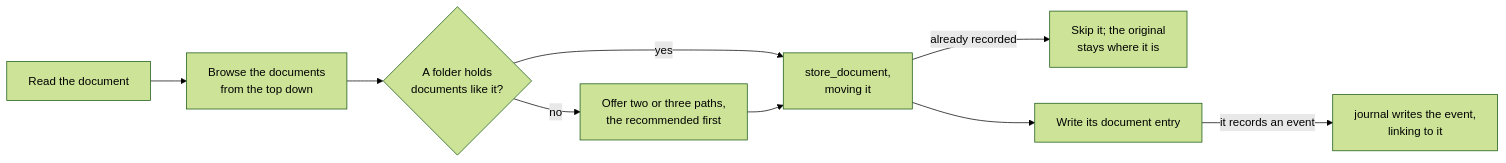
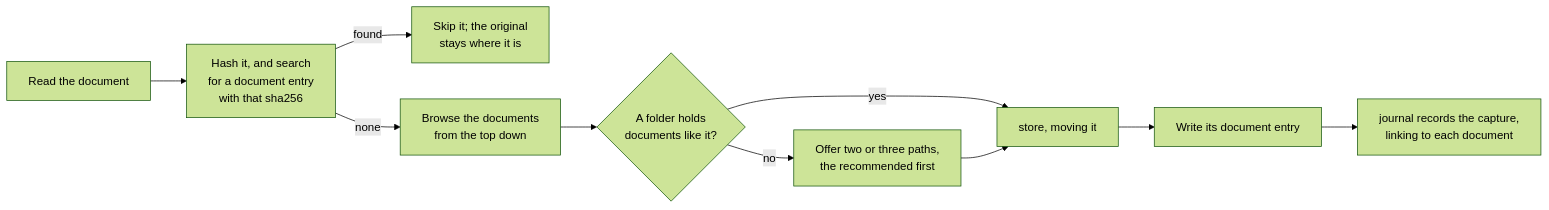
The diagram in docs/skills.md (Velrea/AI.Brain), drawn with Mermaid (forest theme) before and after one commit. The commit also changed other lines of this file and 15 other files, not shown here.

````diff
--- a/docs/skills.md
+++ b/docs/skills.md
@@ -57,11 +59,12 @@
 ```mermaid
 flowchart LR
-    read["Read the document"] --> browse["Browse the documents<br/>from the top down"]
+    read["Read the document"] --> hash["Hash it, and search<br/>for a document entry<br/>with that sha256"]
+    hash -- found --> skip["Skip it; the original<br/>stays where it is"]
+    hash -- "none" --> browse["Browse the documents<br/>from the top down"]
     browse --> fits{"A folder holds<br/>documents like it?"}
-    fits -- yes --> file["store_document,<br/>moving it"]
+    fits -- yes --> file["store, moving it"]
     fits -- no --> ask["Offer two or three paths,<br/>the recommended first"]
     ask --> file
-    file -- "already recorded" --> skip["Skip it; the original<br/>stays where it is"]
     file --> write["Write its document entry"]
-    write -- "it records an event" --> journal["journal writes the event,<br/>linking to it"]
+    write --> journal["journal records the capture,<br/>linking to each document"]
 ```
````
